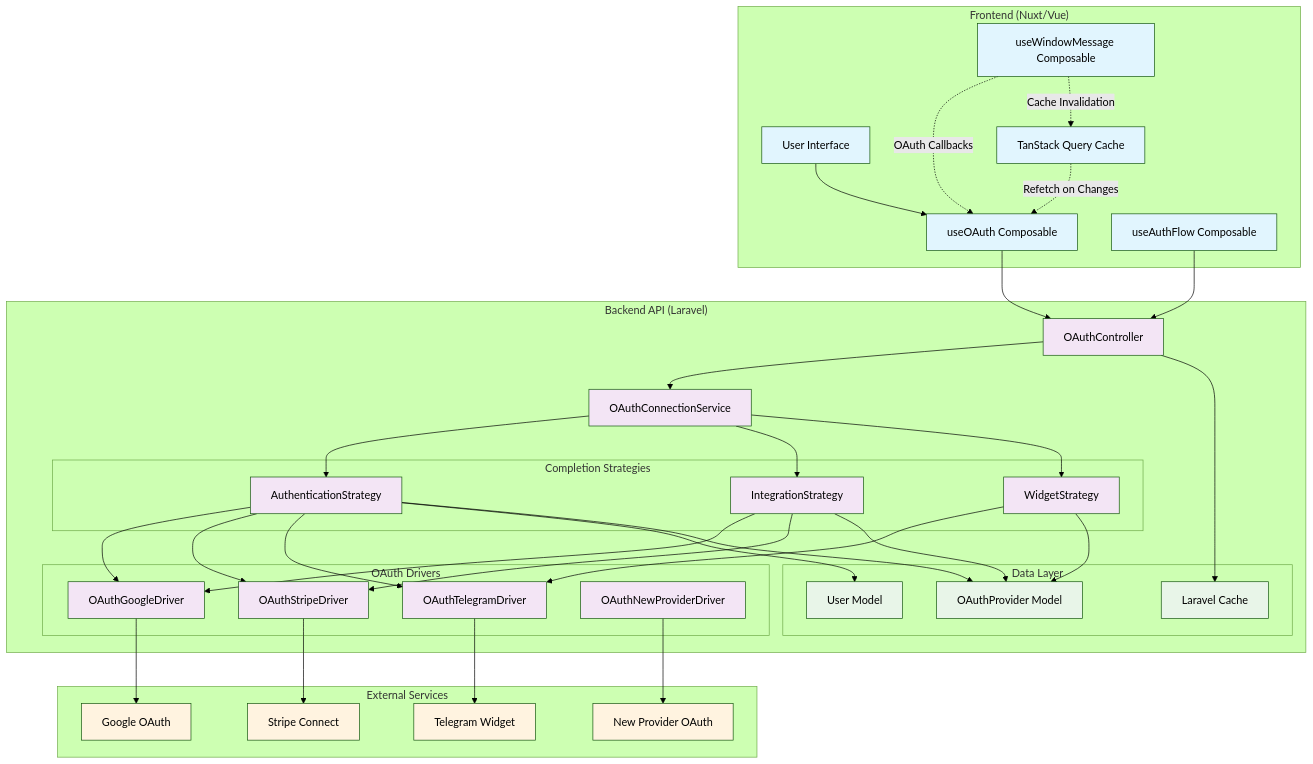
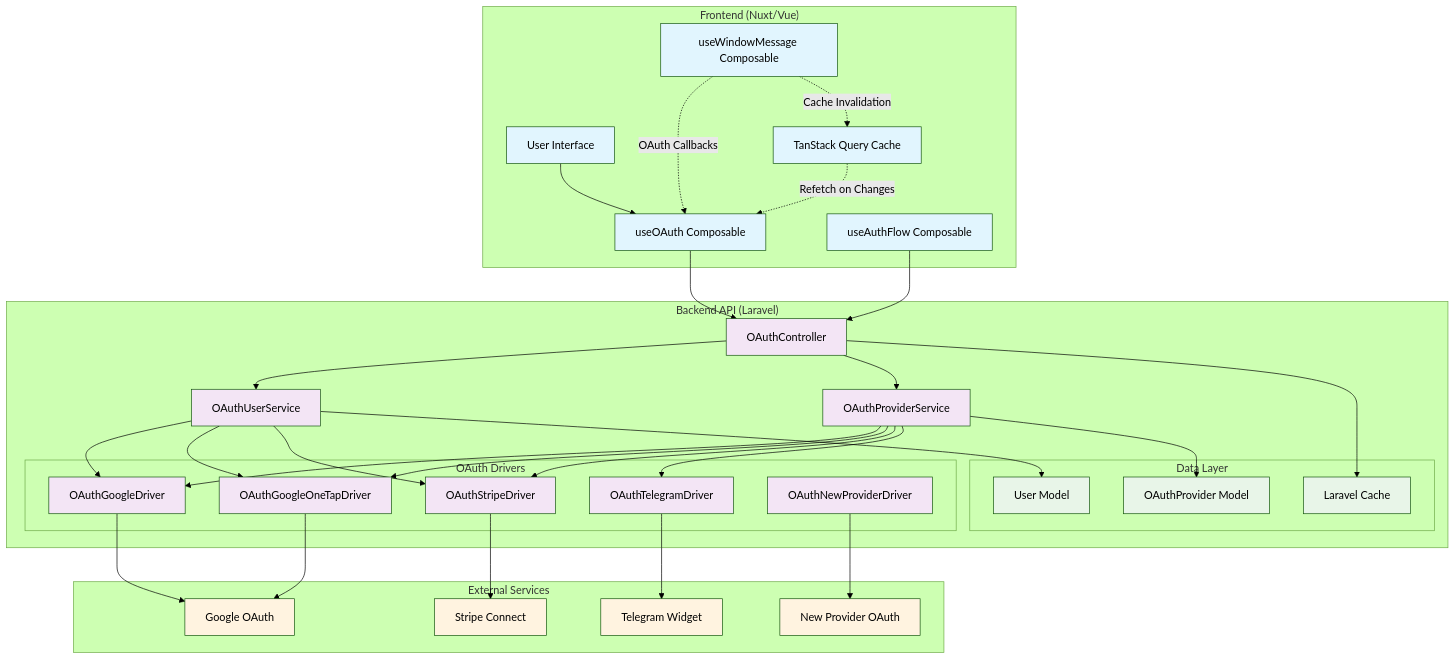
Before and after one commit to JhumanJ/OpnForm: the first of 5 diagrams in docs/contributing/new-integration.mdx, drawn with Mermaid (forest theme). The commit also changed other lines of this file and 17 other files, not shown here.

First line of the commit message:
Refactor OAuth Integration Logic and Introduce Google One Tap Support

````diff
--- a/docs/contributing/new-integration.mdx
+++ b/docs/contributing/new-integration.mdx
@@ -30,16 +30,12 @@
     
     subgraph "Backend API (Laravel)"
         OAuthController[OAuthController]
-        OAuthConnectionService[OAuthConnectionService]
-        
-        subgraph "Completion Strategies"
-            AuthStrategy[AuthenticationStrategy]
-            IntegrationStrategy[IntegrationStrategy] 
-            WidgetStrategy[WidgetStrategy]
-        end
+        OAuthUserService[OAuthUserService]
+        OAuthProviderService[OAuthProviderService]
         
         subgraph "OAuth Drivers"
             GoogleDriver[OAuthGoogleDriver]
+            GoogleOneTapDriver[OAuthGoogleOneTapDriver]
             StripeDriver[OAuthStripeDriver]
             TelegramDriver[OAuthTelegramDriver]
             NewDriver[OAuthNewProviderDriver]
@@ -65,33 +61,29 @@
     useAuthFlow --> OAuthController
     
     %% OAuth Controller orchestration
-    OAuthController --> OAuthConnectionService
+    OAuthController --> OAuthUserService
+    OAuthController --> OAuthProviderService
     OAuthController --> Cache
     
-    %% Service to Strategies
-    OAuthConnectionService --> AuthStrategy
-    OAuthConnectionService --> IntegrationStrategy
-    OAuthConnectionService --> WidgetStrategy
-    
-    %% Strategies to Drivers
-    AuthStrategy --> GoogleDriver
-    AuthStrategy --> StripeDriver
-    AuthStrategy --> TelegramDriver
-    IntegrationStrategy --> GoogleDriver
-    IntegrationStrategy --> StripeDriver
-    WidgetStrategy --> TelegramDriver
+    %% Service to Drivers
+    OAuthUserService --> GoogleDriver
+    OAuthUserService --> GoogleOneTapDriver
+    OAuthUserService --> StripeDriver
+    OAuthProviderService --> GoogleDriver
+    OAuthProviderService --> GoogleOneTapDriver
+    OAuthProviderService --> StripeDriver
+    OAuthProviderService --> TelegramDriver
     
     %% Drivers to External Services
     GoogleDriver --> GoogleOAuth
+    GoogleOneTapDriver --> GoogleOAuth
     StripeDriver --> StripeOAuth
     TelegramDriver --> TelegramWidget
     NewDriver --> NewProviderOAuth
     
     %% Data persistence
-    AuthStrategy --> UserModel
-    AuthStrategy --> OAuthProviderModel
-    IntegrationStrategy --> OAuthProviderModel
-    WidgetStrategy --> OAuthProviderModel
+    OAuthUserService --> UserModel
+    OAuthProviderService --> OAuthProviderModel
     
     %% Cross-window communication
     useWindowMessage -.->|"OAuth Callbacks"| useOAuth
@@ -106,7 +98,7 @@
     classDef data fill:#e8f5e8
     
     class UI,useOAuth,useWindowMessage,useAuthFlow,TanStackQuery frontend
-    class OAuthController,OAuthConnectionService,AuthStrategy,IntegrationStrategy,WidgetStrategy,GoogleDriver,StripeDriver,TelegramDriver,NewDriver backend
+    class OAuthController,OAuthUserService,OAuthProviderService,GoogleDriver,GoogleOneTapDriver,StripeDriver,TelegramDriver,NewDriver backend
     class GoogleOAuth,StripeOAuth,TelegramWidget,NewProviderOAuth external
     class UserModel,OAuthProviderModel,Cache data
 ```
````
